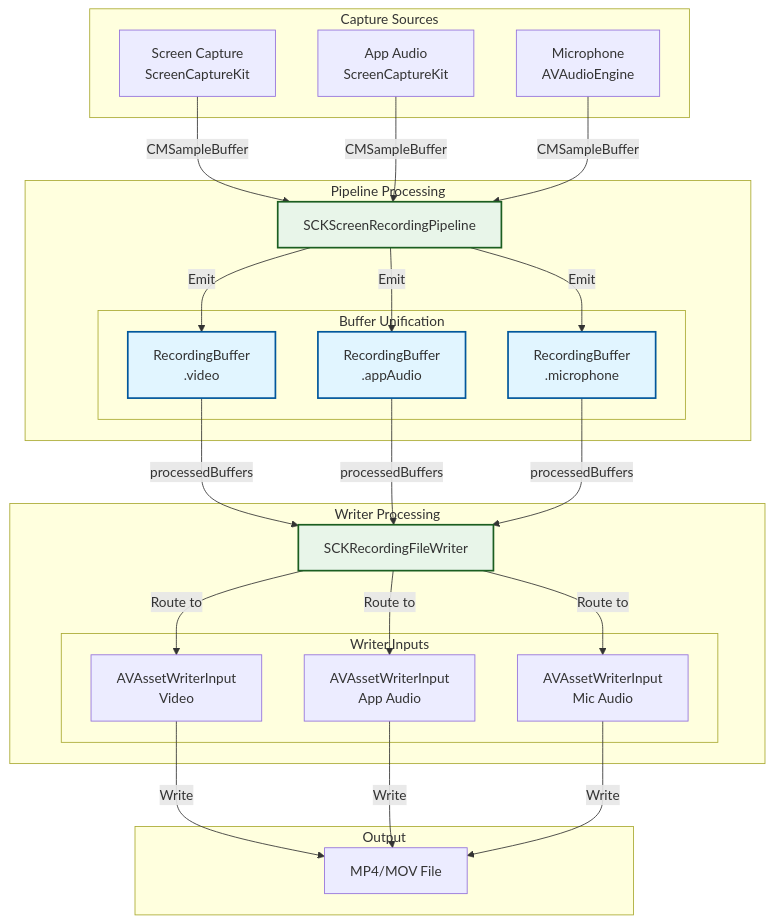
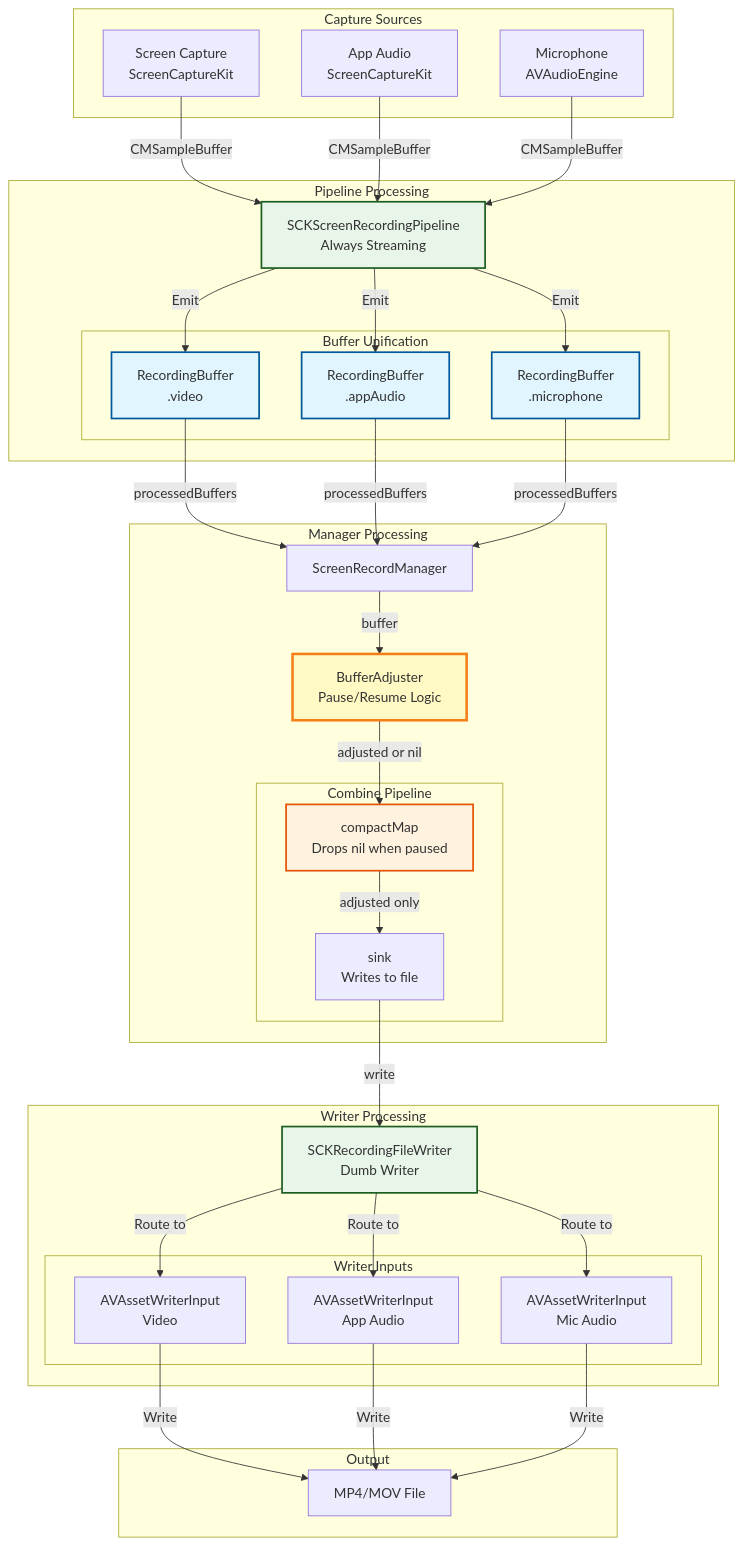
The fourth of 4 diagrams in ARCHITECTURE.md (bassamfouad92/screen-recorder), drawn with Mermaid before and after one commit. The commit also changed other lines of this file, not shown here.

First line of the commit message:
docs: add pause/resume architecture with BufferAdjuster and Combine pipeline

````diff
--- a/ARCHITECTURE.md
+++ b/ARCHITECTURE.md
@@ -212,58 +282,75 @@
 ```mermaid
 graph TB
     subgraph "Capture Sources"
         Screen[Screen Capture<br/>ScreenCaptureKit]
         AppAudio[App Audio<br/>ScreenCaptureKit]
         Mic[Microphone<br/>AVAudioEngine]
     end
     
     subgraph "Pipeline Processing"
-        Pipeline[SCKScreenRecordingPipeline]
+        Pipeline[SCKScreenRecordingPipeline<br/>Always Streaming]
         
         subgraph "Buffer Unification"
             VideoBuffer[RecordingBuffer<br/>.video]
             AppAudioBuffer[RecordingBuffer<br/>.appAudio]
             MicBuffer[RecordingBuffer<br/>.microphone]
         end
     end
     
+    subgraph "Manager Processing"
+        Manager[ScreenRecordManager]
+        BufferAdjuster[BufferAdjuster<br/>Pause/Resume Logic]
+        
+        subgraph "Combine Pipeline"
+            CompactMap[compactMap<br/>Drops nil when paused]
+            Sink[sink<br/>Writes to file]
+        end
+    end
+    
     subgraph "Writer Processing"
-        Writer[SCKRecordingFileWriter]
+        Writer[SCKRecordingFileWriter<br/>Dumb Writer]
         
         subgraph "Writer Inputs"
             VideoInput[AVAssetWriterInput<br/>Video]
             AppAudioInput[AVAssetWriterInput<br/>App Audio]
             MicAudioInput[AVAssetWriterInput<br/>Mic Audio]
         end
     end
     
     subgraph "Output"
         File[MP4/MOV File]
     end
     
     Screen -->|CMSampleBuffer| Pipeline
     AppAudio -->|CMSampleBuffer| Pipeline
     Mic -->|CMSampleBuffer| Pipeline
     
     Pipeline -->|Emit| VideoBuffer
     Pipeline -->|Emit| AppAudioBuffer
     Pipeline -->|Emit| MicBuffer
     
-    VideoBuffer -->|processedBuffers| Writer
-    AppAudioBuffer -->|processedBuffers| Writer
-    MicBuffer -->|processedBuffers| Writer
+    VideoBuffer -->|processedBuffers| Manager
+    AppAudioBuffer -->|processedBuffers| Manager
+    MicBuffer -->|processedBuffers| Manager
+    
+    Manager -->|buffer| BufferAdjuster
+    BufferAdjuster -->|adjusted or nil| CompactMap
+    CompactMap -->|adjusted only| Sink
+    Sink -->|write| Writer
     
     Writer -->|Route to| VideoInput
     Writer -->|Route to| AppAudioInput
     Writer -->|Route to| MicAudioInput
     
     VideoInput -->|Write| File
     AppAudioInput -->|Write| File
     MicAudioInput -->|Write| File
     
     style Pipeline fill:#e8f5e9,stroke:#1b5e20,stroke-width:2px
+    style BufferAdjuster fill:#fff9c4,stroke:#f57f17,stroke-width:3px
     style Writer fill:#e8f5e9,stroke:#1b5e20,stroke-width:2px
     style VideoBuffer fill:#e1f5ff,stroke:#01579b,stroke-width:2px
     style AppAudioBuffer fill:#e1f5ff,stroke:#01579b,stroke-width:2px
     style MicBuffer fill:#e1f5ff,stroke:#01579b,stroke-width:2px
+    style CompactMap fill:#fff3e0,stroke:#e65100,stroke-width:2px
 ```
````
